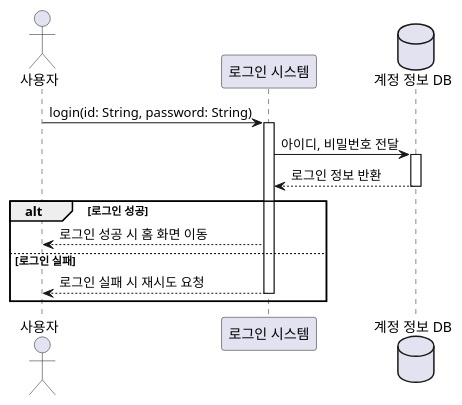
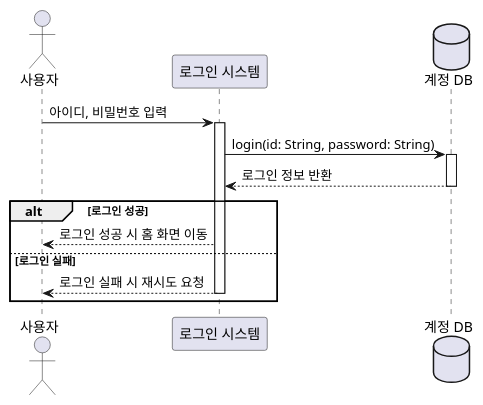
The diagram in src/sequence_login.puml (marmot8080/SWE), drawn with PlantUML before and after one commit. The commit also changed 6 other files, not shown here.

Commit message:
Update sequence diagram

```diff
--- a/src/sequence_login.puml
+++ b/src/sequence_login.puml
@@ -1,22 +1,22 @@
 @startuml
 
 actor "사용자" as user
 participant "로그인 시스템" as login
-database "계정 정보 DB" as db
+database "계정 DB" as db
 
-user -> login : login(id: String, password: String)
+user -> login : 아이디, 비밀번호 입력
 activate login
-login -> db : 아이디, 비밀번호 전달
+login -> db : login(id: String, password: String)
 activate db
 
 db --> login : 로그인 정보 반환
 deactivate db
 
 alt 로그인 성공
 login --> user : 로그인 성공 시 홈 화면 이동
 else 로그인 실패
   login --> user : 로그인 실패 시 재시도 요청
 deactivate login
 end
 
 @enduml
```
